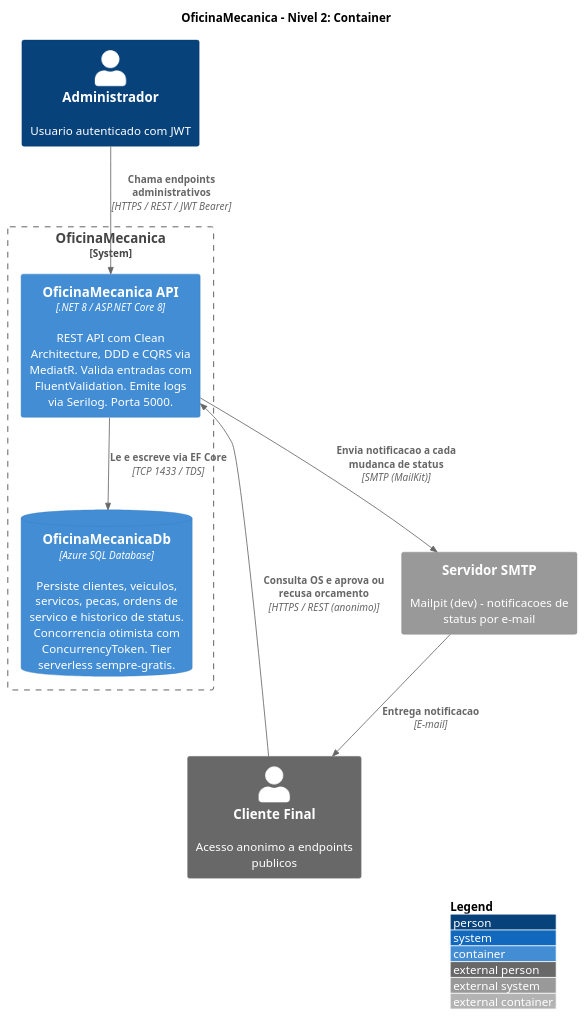
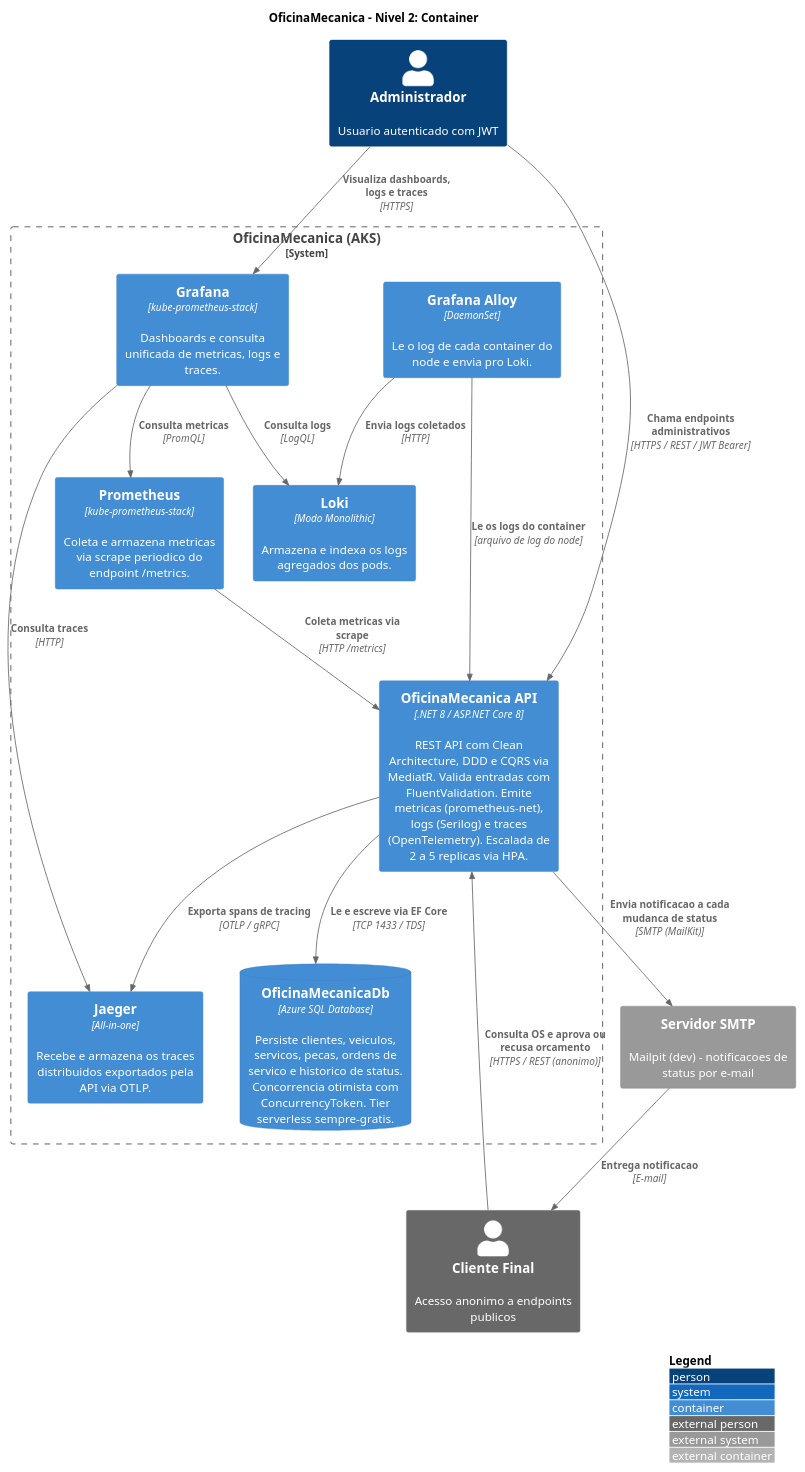
Before and after one commit to willianrmattos/OficinaMecanica: the diagram in docs/c4-nivel2-container.puml, drawn with PlantUML.

Commit message:
docs: atualizar c4

```diff
--- a/docs/c4-nivel2-container.puml
+++ b/docs/c4-nivel2-container.puml
@@ -1,24 +1,39 @@
 @startuml c4-nivel2-container
 !include <C4/C4_Container>
 
 LAYOUT_TOP_DOWN()
 LAYOUT_WITH_LEGEND()
 
 title OficinaMecanica - Nivel 2: Container
 
 Person(admin, "Administrador", "Usuario autenticado com JWT")
 Person_Ext(cliente, "Cliente Final", "Acesso anonimo a endpoints publicos")
 System_Ext(smtp, "Servidor SMTP", "Mailpit (dev) - notificacoes de status por e-mail")
 
-System_Boundary(oficina, "OficinaMecanica") {
-    Container(api, "OficinaMecanica API", ".NET 8 / ASP.NET Core 8", "REST API com Clean Architecture, DDD e CQRS via MediatR. Valida entradas com FluentValidation. Emite logs via Serilog. Porta 5000.")
+System_Boundary(oficina, "OficinaMecanica (AKS)") {
+    Container(api, "OficinaMecanica API", ".NET 8 / ASP.NET Core 8", "REST API com Clean Architecture, DDD e CQRS via MediatR. Valida entradas com FluentValidation. Emite metricas (prometheus-net), logs (Serilog) e traces (OpenTelemetry). Escalada de 2 a 5 replicas via HPA.")
     ContainerDb(db, "OficinaMecanicaDb", "Azure SQL Database", "Persiste clientes, veiculos, servicos, pecas, ordens de servico e historico de status. Concorrencia otimista com ConcurrencyToken. Tier serverless sempre-gratis.")
+
+    Container(prometheus, "Prometheus", "kube-prometheus-stack", "Coleta e armazena metricas via scrape periodico do endpoint /metrics.")
+    Container(grafana, "Grafana", "kube-prometheus-stack", "Dashboards e consulta unificada de metricas, logs e traces.")
+    Container(loki, "Loki", "Modo Monolithic", "Armazena e indexa os logs agregados dos pods.")
+    Container(alloy, "Grafana Alloy", "DaemonSet", "Le o log de cada container do node e envia pro Loki.")
+    Container(jaeger, "Jaeger", "All-in-one", "Recebe e armazena os traces distribuidos exportados pela API via OTLP.")
 }
 
 Rel(admin, api, "Chama endpoints administrativos", "HTTPS / REST / JWT Bearer")
 Rel(cliente, api, "Consulta OS e aprova ou recusa orcamento", "HTTPS / REST (anonimo)")
 Rel(api, db, "Le e escreve via EF Core", "TCP 1433 / TDS")
 Rel(api, smtp, "Envia notificacao a cada mudanca de status", "SMTP (MailKit)")
 Rel(smtp, cliente, "Entrega notificacao", "E-mail")
 
+Rel(prometheus, api, "Coleta metricas via scrape", "HTTP /metrics")
+Rel(alloy, api, "Le os logs do container", "arquivo de log do node")
+Rel(alloy, loki, "Envia logs coletados", "HTTP")
+Rel(api, jaeger, "Exporta spans de tracing", "OTLP / gRPC")
+Rel(grafana, prometheus, "Consulta metricas", "PromQL")
+Rel(grafana, loki, "Consulta logs", "LogQL")
+Rel(grafana, jaeger, "Consulta traces", "HTTP")
+Rel(admin, grafana, "Visualiza dashboards, logs e traces", "HTTPS")
+
 @enduml
```
